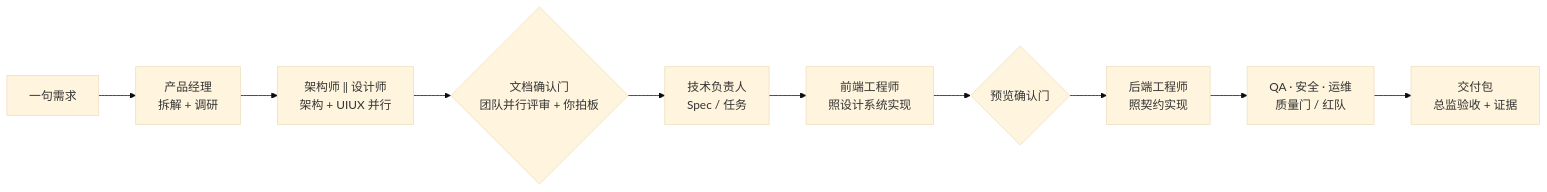
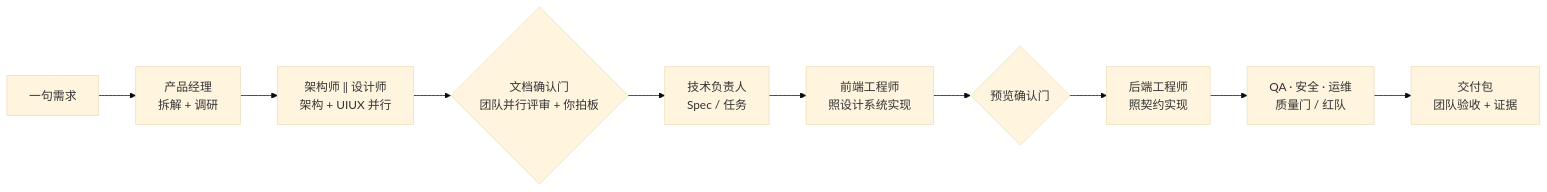
One commit to vincentke1117/umadev changed the first of 8 diagrams in README.zh-CN.md. Above: the diagram before and after it, drawn with Mermaid (base theme). The commit also changed other lines of this file and 3 other files, not shown here.

````diff
--- a/README.zh-CN.md
+++ b/README.zh-CN.md
@@ -99,12 +100,12 @@
 ```mermaid
 flowchart LR
     A["一句需求"] --> B["产品经理<br/>拆解 + 调研"]
     B --> C["架构师 ‖ 设计师<br/>架构 + UIUX 并行"]
     C --> D{"文档确认门<br/>团队并行评审 + 你拍板"}
     D --> E["技术负责人<br/>Spec / 任务"]
     E --> F["前端工程师<br/>照设计系统实现"]
     F --> G{"预览确认门"}
     G --> H["后端工程师<br/>照契约实现"]
     H --> I["QA · 安全 · 运维<br/>质量门 / 红队"]
-    I --> J["交付包<br/>总监验收 + 证据"]
+    I --> J["交付包<br/>团队验收 + 证据"]
 ```
````
